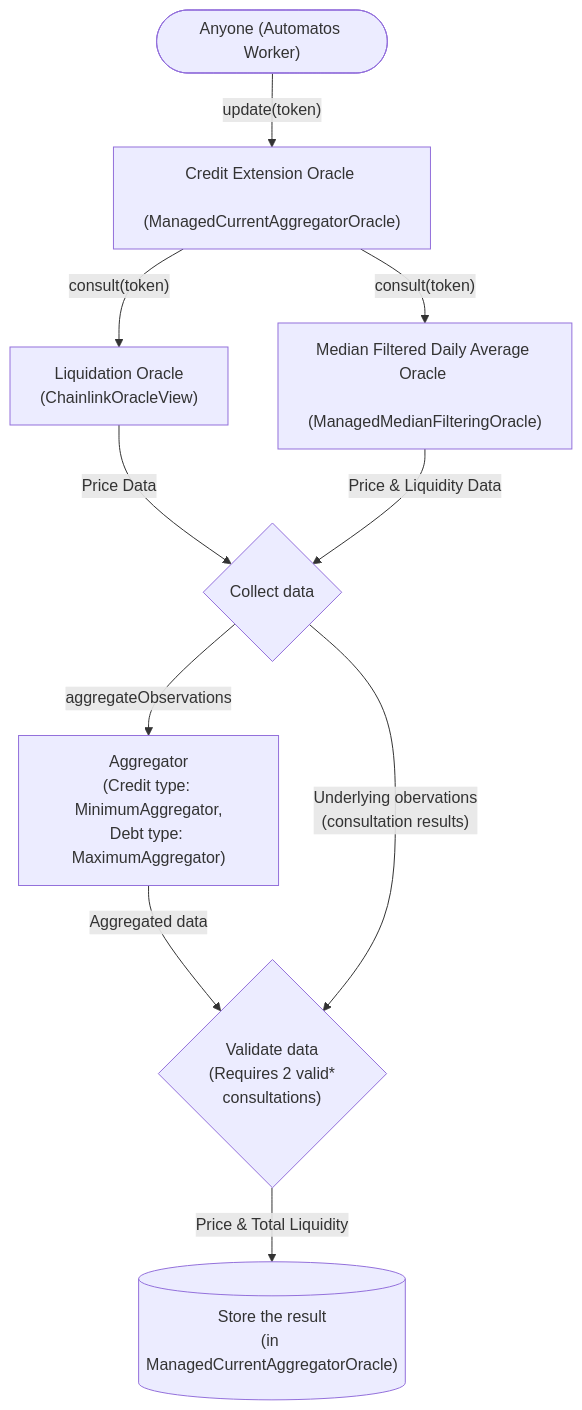
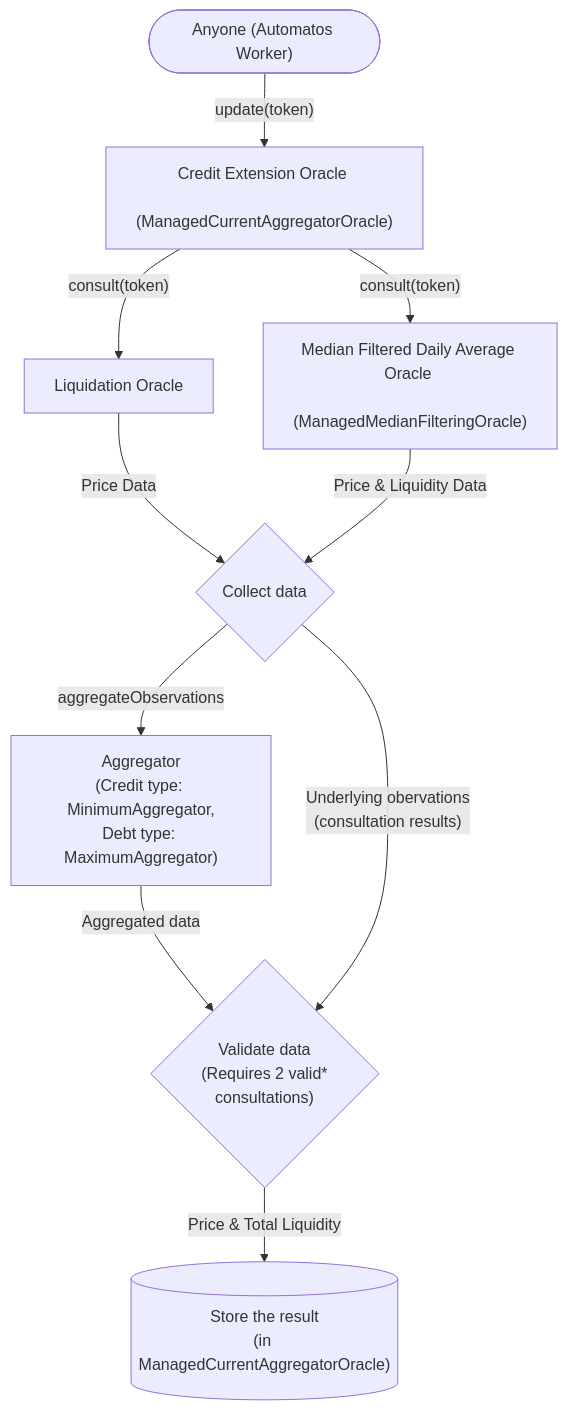
The diagram in pages/data-feeds/credit-extension-oracle.mdx (adrastia-oracle/adrastia-docs), drawn with Mermaid before and after one commit. The commit also changed other lines of this file, not shown here.

Commit message:
Include Pyth as a liquidation oracle

````diff
--- a/pages/data-feeds/credit-extension-oracle.mdx
+++ b/pages/data-feeds/credit-extension-oracle.mdx
@@ -73,12 +73,12 @@
 ```mermaid
 flowchart TB
     A(["Anyone (Automatos Worker)"]) -- "update(token)" --> B["Credit Extension Oracle \n (ManagedCurrentAggregatorOracle)"]
-    B -- "consult(token)" --> C["Liquidation Oracle \n (ChainlinkOracleView)"]
+    B -- "consult(token)" --> C["Liquidation Oracle"]
     B -- "consult(token)" --> D["Median Filtered Daily Average Oracle \n (ManagedMedianFilteringOracle)"]
     C -- Price Data --> E{Collect data}
     D -- Price & Liquidity Data --> E
     E -- aggregateObservations --> F["Aggregator\n(Credit type: MinimumAggregator,\nDebt type: MaximumAggregator)"]
     F -- Aggregated data --> G{"Validate data\n(Requires 2 valid*\nconsultations)"}
     G -- Price & Total Liquidity --> H[("Store the result\n(in ManagedCurrentAggregatorOracle)")]
     E -- "Underlying obervations\n(consultation results)" --> G
 ```
````
